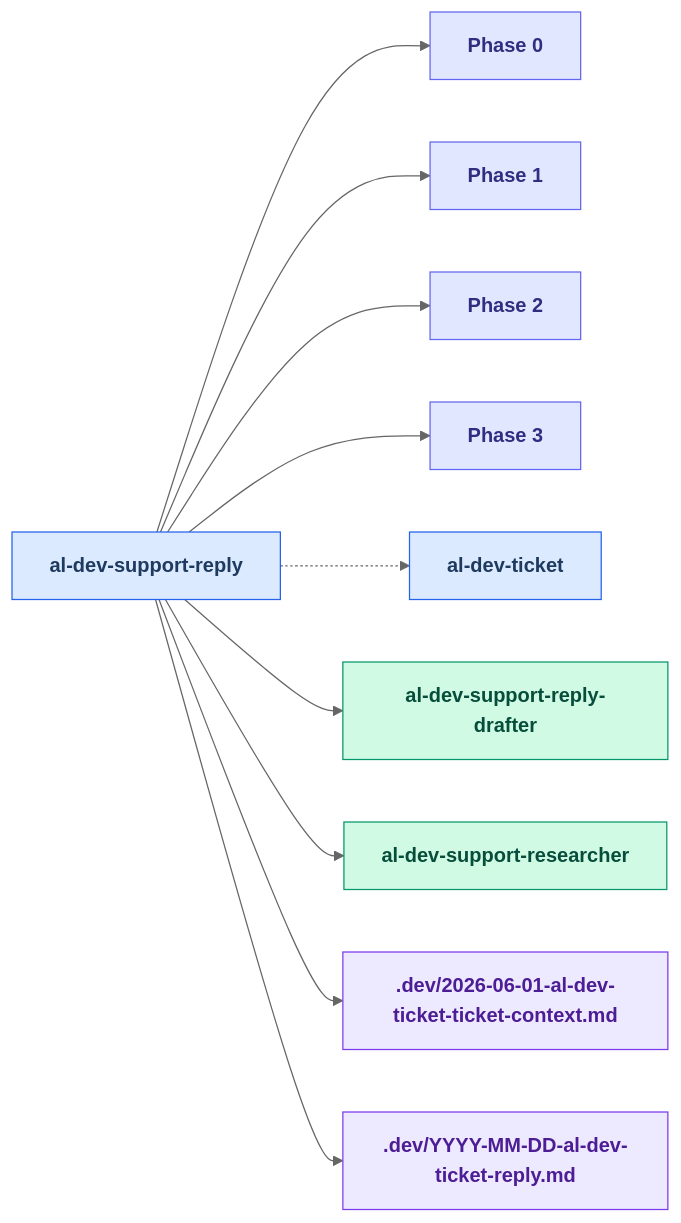
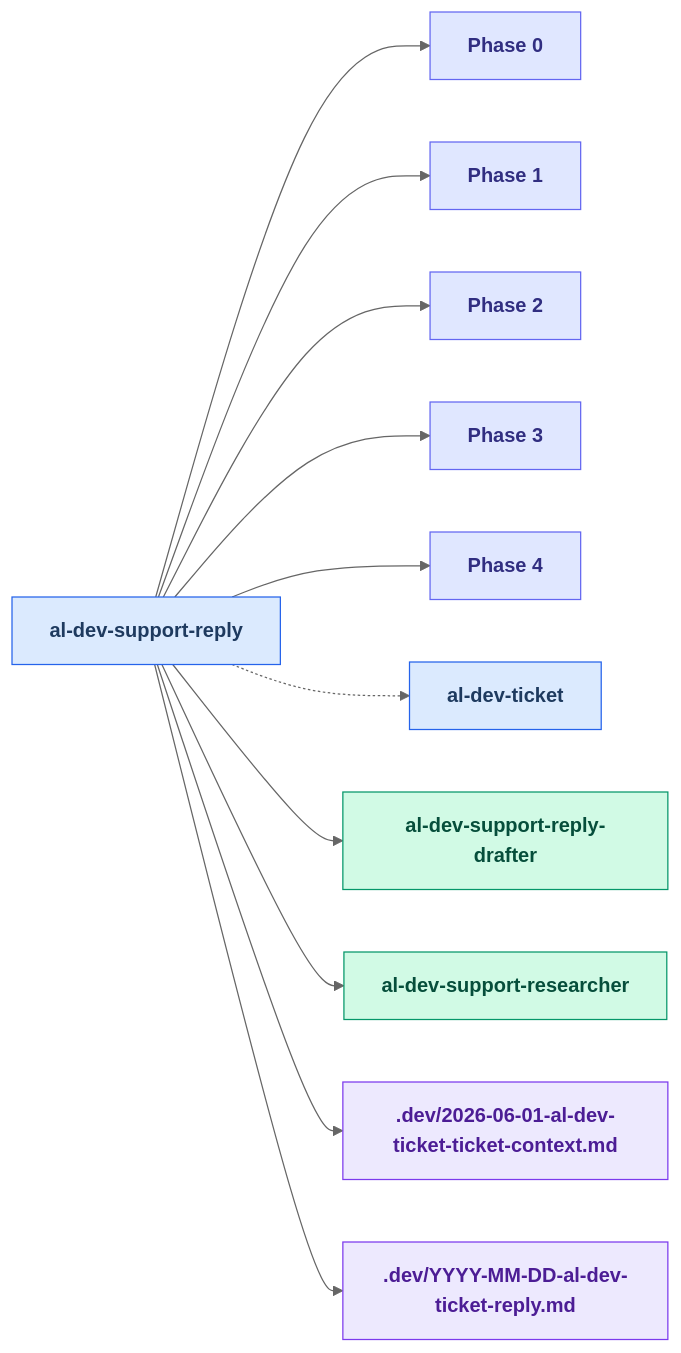
Before and after one commit to russell-laing/al-dev-shared: the third of 25 diagrams in docs/al-dev-skills-map.md, drawn with Mermaid (neutral theme). The commit also changed 2 other files, not shown here.

Commit message:
📝 docs(al-dev-agent-map): correct haiku→sonnet for 2 reviewer agents
Also restore tools: [] in al-dev-commit-group-drafter (required by
generate-map-doc-sections.py); picks up Phase4 node in skills-map
as a side-effect of running the generation script.

````diff
--- a/docs/al-dev-skills-map.md
+++ b/docs/al-dev-skills-map.md
@@ -143,40 +143,43 @@
 ```mermaid
 flowchart LR
     classDef skillNode fill:#dbeafe,stroke:#2563eb,color:#1e3a5f,font-weight:bold
     classDef agentNode fill:#d1fae5,stroke:#059669,color:#064e3b,font-weight:bold
     classDef knowledgeNode fill:#fef3c7,stroke:#d97706,color:#78350f,font-weight:bold
     classDef artifactNode fill:#ede9fe,stroke:#7c3aed,color:#4c1d95,font-weight:bold
     classDef phaseNode fill:#e0e7ff,stroke:#6366f1,color:#312e81,font-weight:bold
 
     skill_al_dev_support_reply[al-dev-support-reply]
     Phase0["Phase 0"]
     Phase1["Phase 1"]
     Phase2["Phase 2"]
     Phase3["Phase 3"]
+    Phase4["Phase 4"]
     skill_al_dev_ticket[al-dev-ticket]
     agent_al_dev_support_reply_drafter[al-dev-support-reply-drafter]
     agent_al_dev_support_researcher[al-dev-support-researcher]
     artifact_2026_06_01_al_dev_ticket_ticket_context_md[.dev/2026-06-01-al-dev-ticket-ticket-context.md]
     artifact_YYYY_MM_DD_al_dev_ticket_reply_md[.dev/YYYY-MM-DD-al-dev-ticket-reply.md]
 
     skill_al_dev_support_reply --> Phase0
     skill_al_dev_support_reply --> Phase1
     skill_al_dev_support_reply --> Phase2
     skill_al_dev_support_reply --> Phase3
+    skill_al_dev_support_reply --> Phase4
     skill_al_dev_support_reply -.-> skill_al_dev_ticket
     skill_al_dev_support_reply --> agent_al_dev_support_reply_drafter
     skill_al_dev_support_reply --> agent_al_dev_support_researcher
     skill_al_dev_support_reply --> artifact_2026_06_01_al_dev_ticket_ticket_context_md
     skill_al_dev_support_reply --> artifact_YYYY_MM_DD_al_dev_ticket_reply_md
 
     class skill_al_dev_support_reply skillNode
     class Phase0 phaseNode
     class Phase1 phaseNode
     class Phase2 phaseNode
     class Phase3 phaseNode
+    class Phase4 phaseNode
     class skill_al_dev_ticket skillNode
     class agent_al_dev_support_reply_drafter agentNode
     class agent_al_dev_support_researcher agentNode
     class artifact_2026_06_01_al_dev_ticket_ticket_context_md artifactNode
     class artifact_YYYY_MM_DD_al_dev_ticket_reply_md artifactNode
 ```
````
